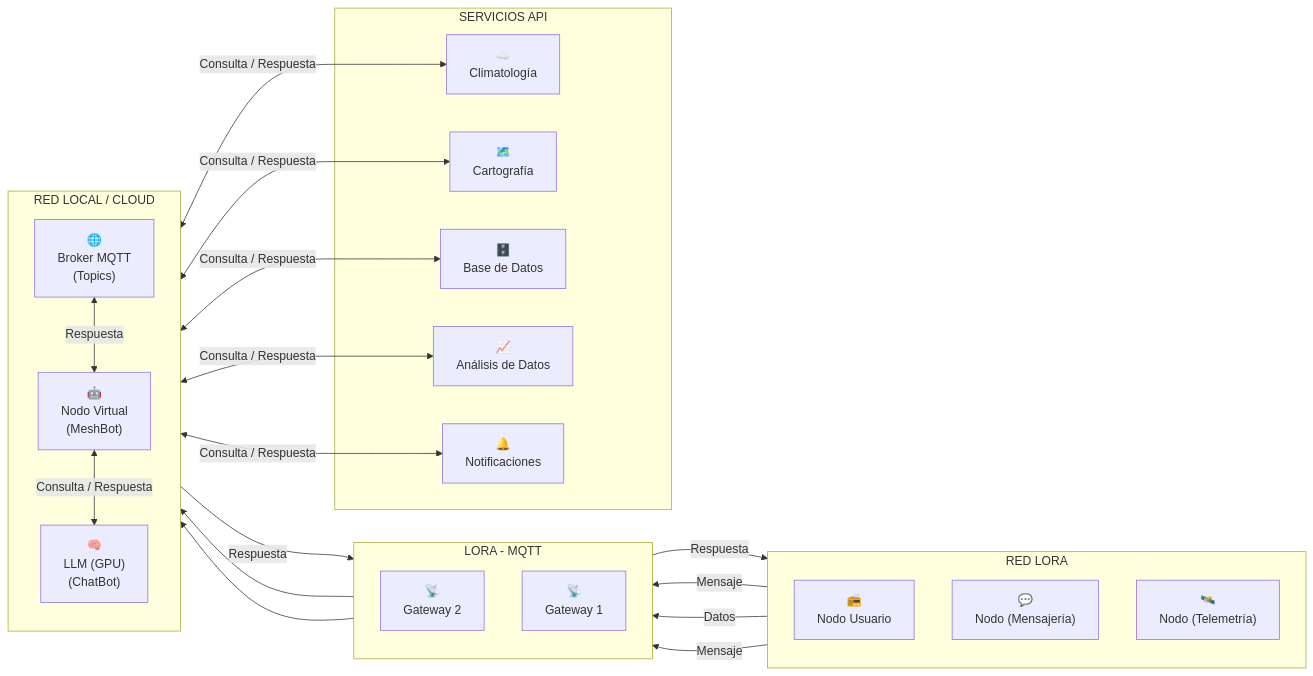
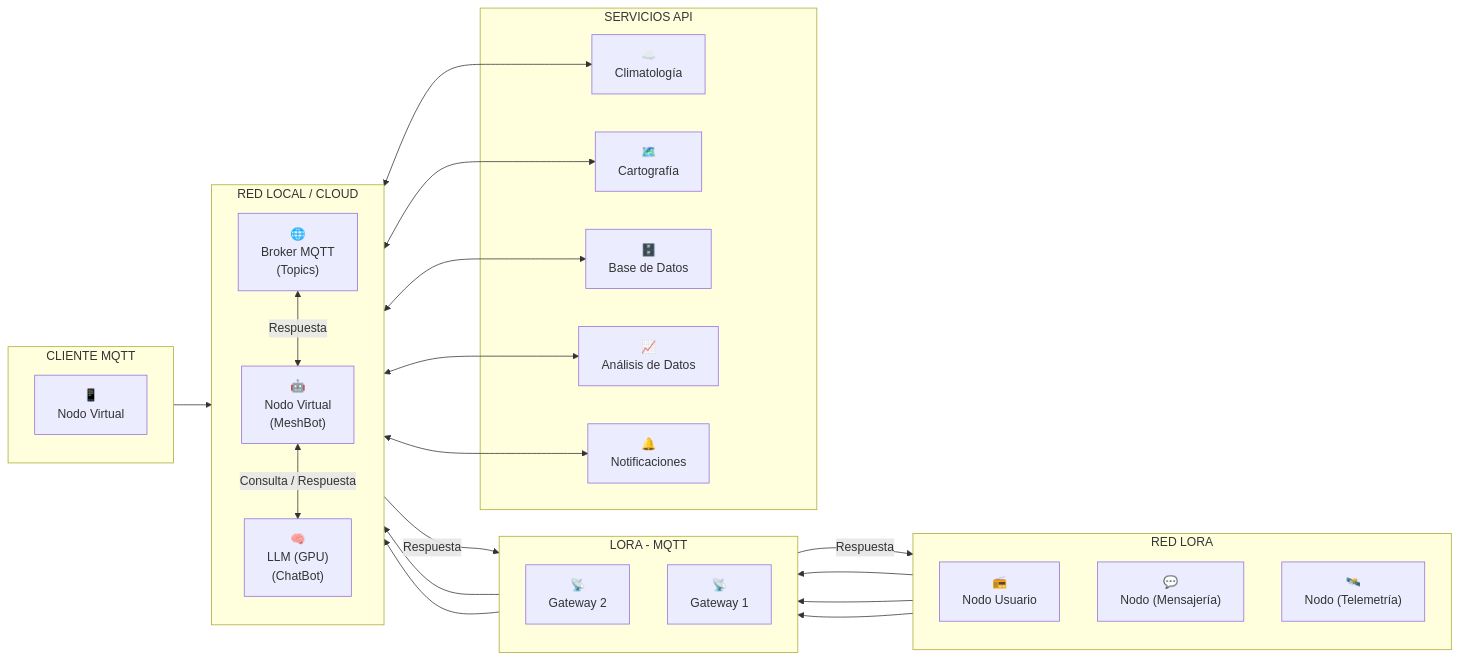
One commit to lhupyn/meshbot changed the diagram in README.md. Above: the diagram before and after it, drawn with Mermaid.

````diff
--- a/README.md
+++ b/README.md
@@ -5,49 +5,55 @@
 ```mermaid
 flowchart LR
     subgraph RED LORA
         direction TB
         RU["📻<br>Nodo Usuario"]
         RM["💬<br>Nodo (Mensajería)"]
         RT["🛰️<br>Nodo (Telemetría)"]
     end
 
     subgraph LORA - MQTT
         direction TB
         G2["📡<br>Gateway 2"]
         G1["📡<br>Gateway 1"]
+    end
+
+   subgraph CLIENTE MQTT
+        direction TB
+        MO["📱<br>Nodo Virtual"]
     end
 
     subgraph RED LOCAL / CLOUD
         direction TB
         MB["🤖<br>Nodo Virtual<br>(MeshBot)"]
         M["🌐<br>Broker MQTT<br>(Topics)"]
         IA["🧠<br>LLM (GPU)<br>(ChatBot)"]
     end
 
     subgraph SERVICIOS API
         CLI["☁️<br>Climatología"]
         GEO["🗺️<br>Cartografía"]
         BD["🗄️<br>Base de Datos"]
         AD["📈<br>Análisis de Datos"]
         N["🔔<br>Notificaciones"]
     end
 
     %% Flujo de Entrada
-    RM -- "Mensaje" --> G2
-    RT -- "Datos" --> G2
-    RU -- "Mensaje" --> G1
+    RM --> G2
+    RT --> G2
+    RU --> G1
     G1 --> M
     G2 --> M
+    MO --> M
     %% Flujo Interno y Procesamiento
     M <-->|Respuesta| MB
     MB <-->|Consulta / Respuesta| IA
     %% Flujo Externo y Datos
-    IA <-->|Consulta / Respuesta| CLI
-    IA <-->|Consulta / Respuesta| GEO
-    IA <-->|Consulta / Respuesta| BD
-    IA <-->|Consulta / Respuesta| AD
-    IA <-->|Consulta / Respuesta| N
+    IA <--> CLI
+    IA <--> GEO
+    IA <--> BD
+    IA <--> AD
+    IA <--> N
     %% Flujo de Salida
     M -- "Respuesta" --> G1
     G1 -- "Respuesta" --> RU
 ```
````
